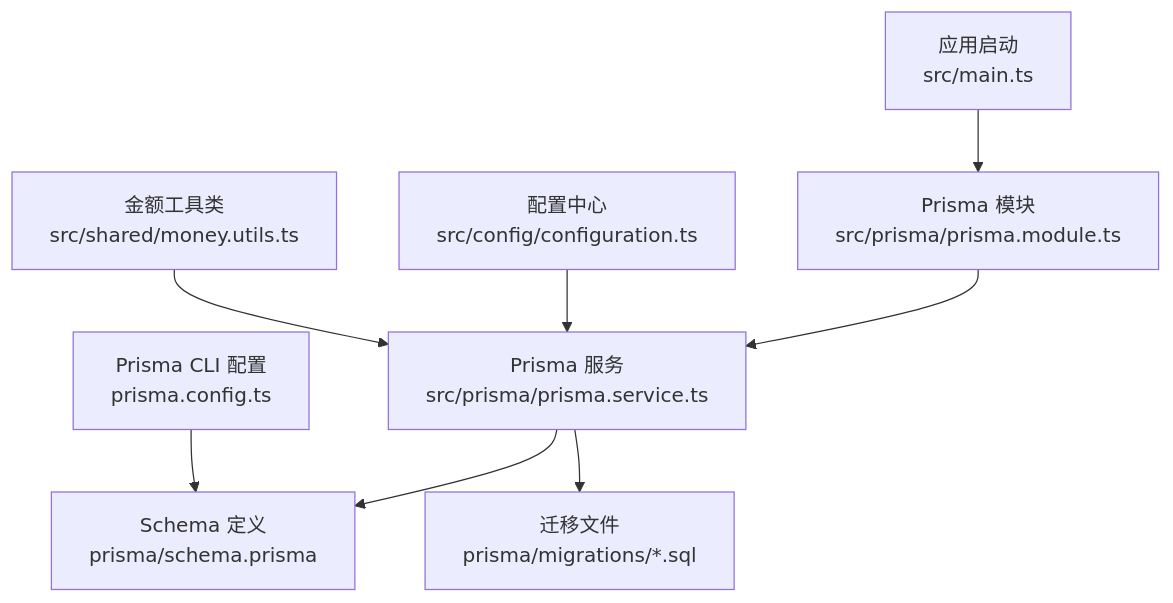
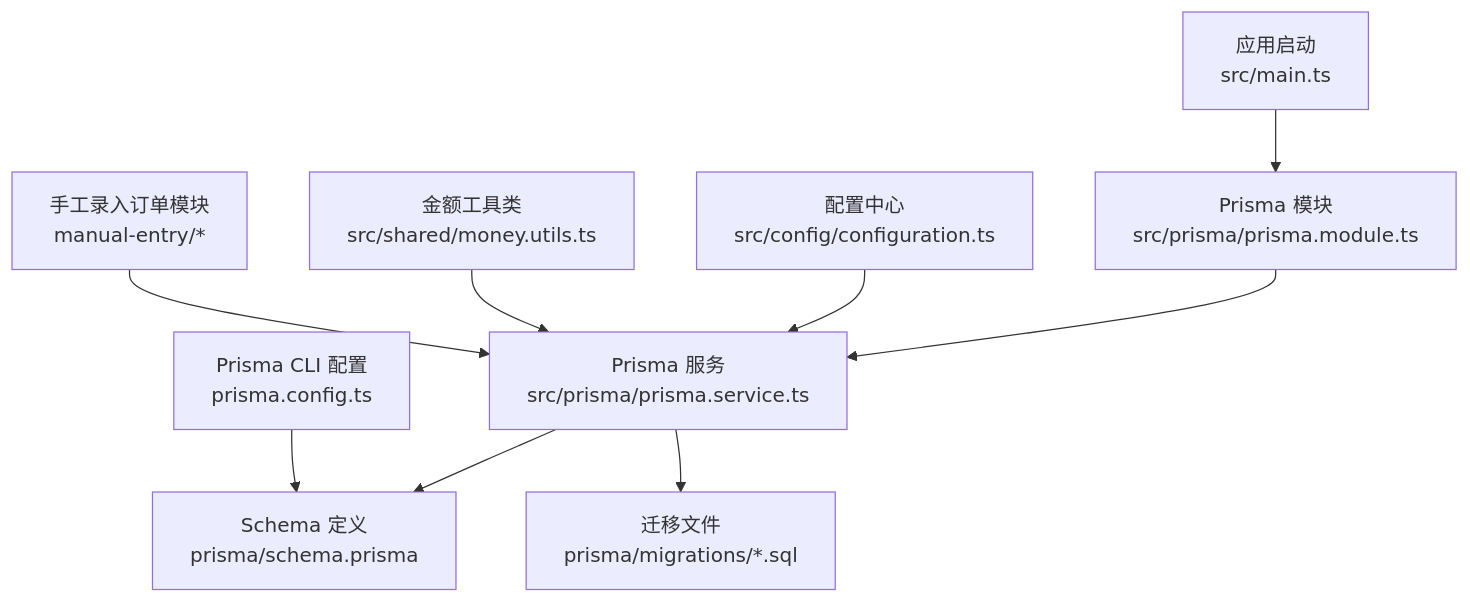
One commit to rc558620/purelyprofit-server changed the first of 18 diagrams in .qoder/repowiki/zh/content/数据库设计/数据库架构概览.md. Above: the diagram before and after it, drawn with Mermaid. The commit also changed other lines of this file and 16 other files, not shown here.

````diff
--- a/.qoder/repowiki/zh/content/数据库设计/数据库架构概览.md
+++ b/.qoder/repowiki/zh/content/数据库设计/数据库架构概览.md
@@ -124,10 +131,11 @@
 ```mermaid
 graph TB
 A["应用启动<br/>src/main.ts"] --> B["Prisma 模块<br/>src/prisma/prisma.module.ts"]
 B --> C["Prisma 服务<br/>src/prisma/prisma.service.ts"]
 C --> D["Schema 定义<br/>prisma/schema.prisma"]
 C --> E["迁移文件<br/>prisma/migrations/*.sql"]
 F["配置中心<br/>src/config/configuration.ts"] --> C
 G["Prisma CLI 配置<br/>prisma.config.ts"] --> D
 H["金额工具类<br/>src/shared/money.utils.ts"] --> C
+I["手工录入订单模块<br/>manual-entry/*"] --> C
 ```
````
